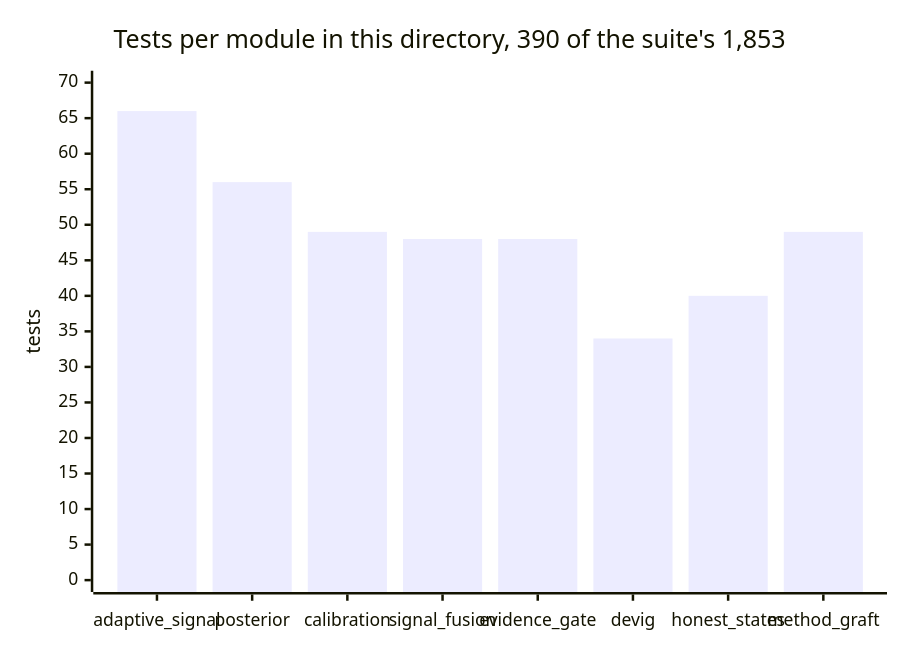
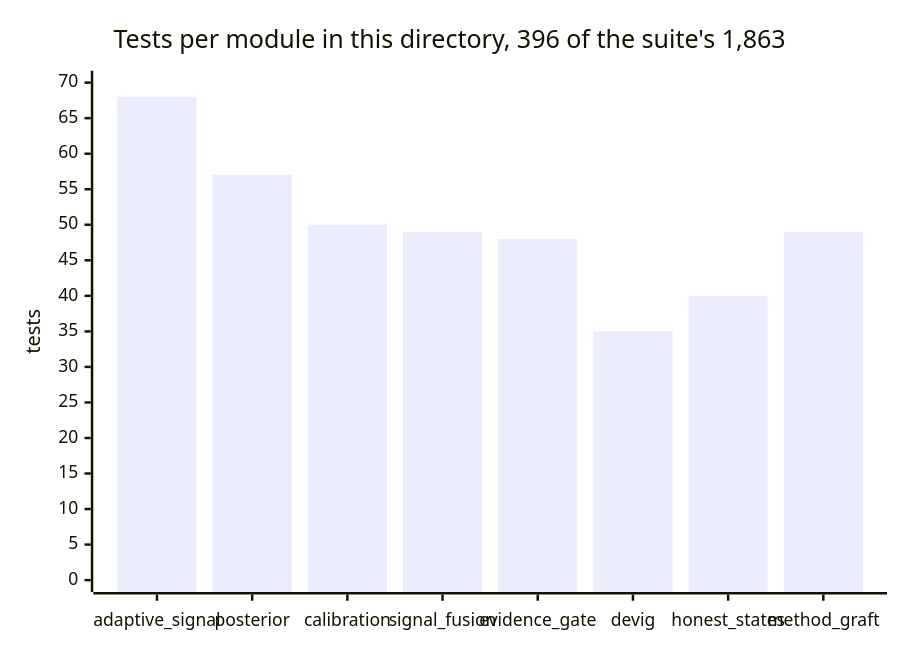
The ninth of 10 diagrams in polymind/README.md (greeklinux/Showcase), drawn with Mermaid before and after one commit. The commit also changed other lines of this file and 27 other files, not shown here.

````diff
--- a/polymind/README.md
+++ b/polymind/README.md
@@ -602,7 +602,7 @@
 ```mermaid
 xychart-beta
-    title "Tests per module in this directory, 390 of the suite's 1,853"
+    title "Tests per module in this directory, 396 of the suite's 1,863"
     x-axis ["adaptive_signal", "posterior", "calibration", "signal_fusion", "evidence_gate", "devig", "honest_states", "method_graft"]
     y-axis "tests" 0 --> 70
-    bar [66, 56, 49, 48, 48, 34, 40, 49]
+    bar [68, 57, 50, 49, 48, 35, 40, 49]
 ```
````
